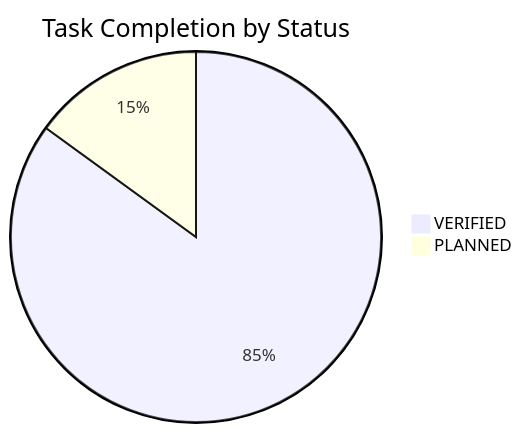
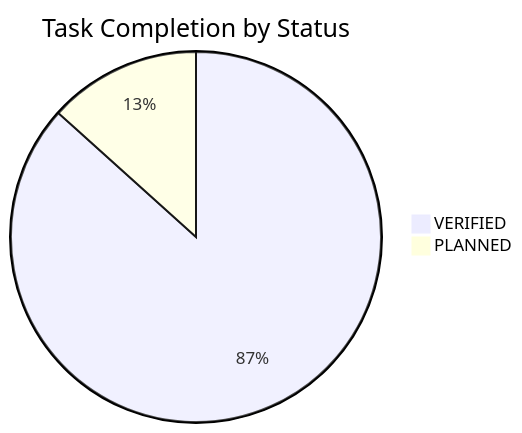
The diagram in docs/TASK_BOARD.md (NguyenTriBaoThang/ClearWayAI), drawn with Mermaid before and after one commit. The commit also changed other lines of this file and 7 other files, not shown here.

````diff
--- a/docs/TASK_BOARD.md
+++ b/docs/TASK_BOARD.md
@@ -16,5 +16,5 @@
 ```mermaid
 pie title Task Completion by Status
-    "VERIFIED" : 51
-    "PLANNED" : 9
+    "VERIFIED" : 52
+    "PLANNED" : 8
 ```
````
